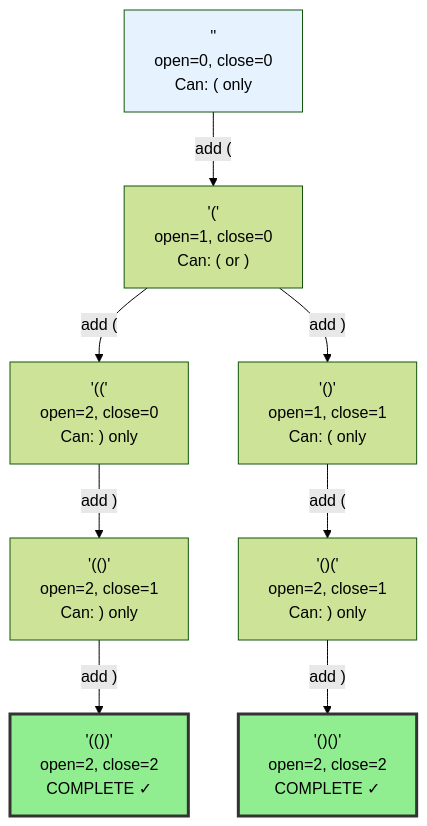
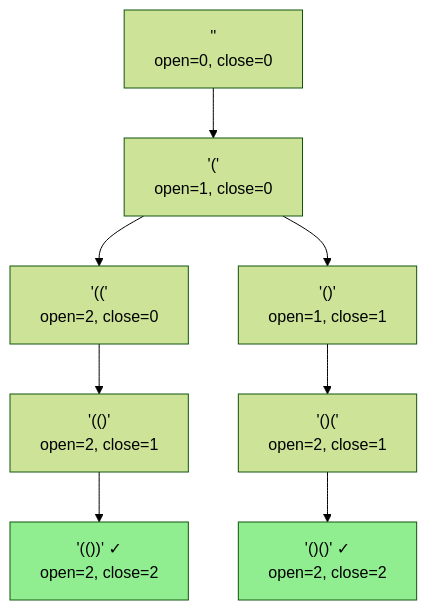
Before and after one commit to snesjhon/snesjhon: the second of 4 diagrams in ysk/study-guides/022-generate-parentheses/study-guide.md, drawn with Mermaid (forest theme). The commit also changed other lines of this file and 26 other files, not shown here.

````diff
--- a/ysk/study-guides/022-generate-parentheses/study-guide.md
+++ b/ysk/study-guides/022-generate-parentheses/study-guide.md
@@ -409,21 +83,22 @@
 ```mermaid
 graph TD
-    A["''<br/>open=0, close=0<br/>Can: ( only"]
+    N0["'' <br/>open=0, close=0"]
+    N1["'(' <br/>open=1, close=0"]
+    N2["'((' <br/>open=2, close=0"]
+    N3["'(()'<br/>open=2, close=1"]
+    N4["'(())' ✓<br/>open=2, close=2"]
+    N5["'()' <br/>open=1, close=1"]
+    N6["'()(' <br/>open=2, close=1"]
+    N7["'()()' ✓<br/>open=2, close=2"]
 
-    A -->|"add ("| B["'('<br/>open=1, close=0<br/>Can: ( or )"]
+    N0 --> N1
+    N1 --> N2
+    N2 --> N3
+    N3 --> N4
+    N1 --> N5
+    N5 --> N6
+    N6 --> N7
 
-    B -->|"add ("| C["'(('<br/>open=2, close=0<br/>Can: ) only"]
-    B -->|"add )"| D["'()'<br/>open=1, close=1<br/>Can: ( only"]
-
-    C -->|"add )"| E["'(()'<br/>open=2, close=1<br/>Can: ) only"]
-
-    E -->|"add )"| F["'(())'<br/>open=2, close=2<br/>COMPLETE ✓"]
-
-    D -->|"add ("| G["'()('<br/>open=2, close=1<br/>Can: ) only"]
-
-    G -->|"add )"| H["'()()'<br/>open=2, close=2<br/>COMPLETE ✓"]
-
-    style A fill:#e6f3ff
-    style F fill:#90EE90,stroke:#333,stroke-width:3px
-    style H fill:#90EE90,stroke:#333,stroke-width:3px
+    style N4 fill:#90EE90
+    style N7 fill:#90EE90
 ```
````
